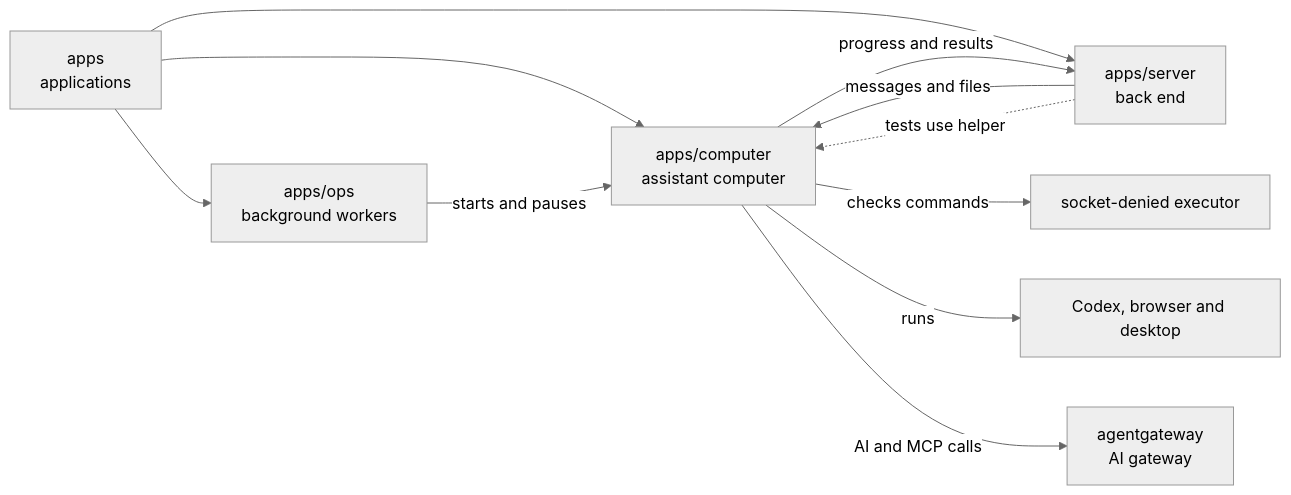
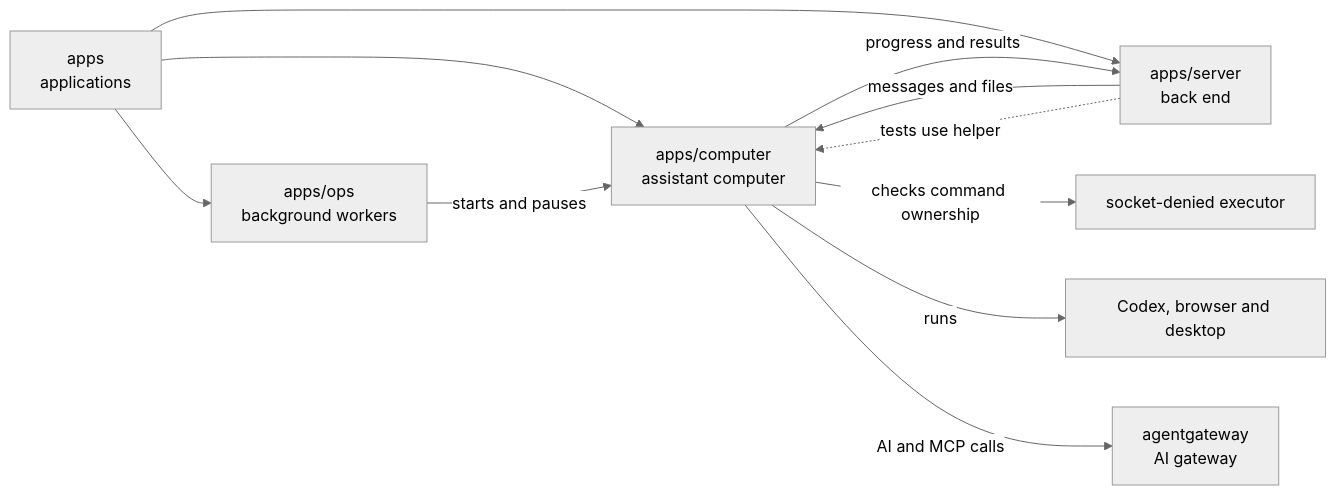
Before and after one commit to elewa-git/opencrane-new: the diagram in apps/computer/README.md, drawn with Mermaid (neutral theme). The commit also changed other lines of this file and 5 other files, not shown here.

````diff
--- a/apps/computer/README.md
+++ b/apps/computer/README.md
@@ -16,13 +16,13 @@
 ```mermaid
 flowchart LR
   apps["apps<br/>applications"] --> computer["apps/computer<br/>assistant computer"]
   apps --> ops["apps/ops<br/>background workers"]
   apps --> server["apps/server<br/>back end"]
   ops -->|starts and pauses| computer
   server -->|messages and files| computer
   server -.->|tests use helper| computer
   computer -->|progress and results| server
-  computer -->|checks commands| executor["socket-denied executor"]
+  computer -->|checks command ownership| executor["socket-denied executor"]
   computer -->|runs| desktop["Codex, browser and desktop"]
   computer -->|AI and MCP calls| gateway["agentgateway<br/>AI gateway"]
 ```
````
